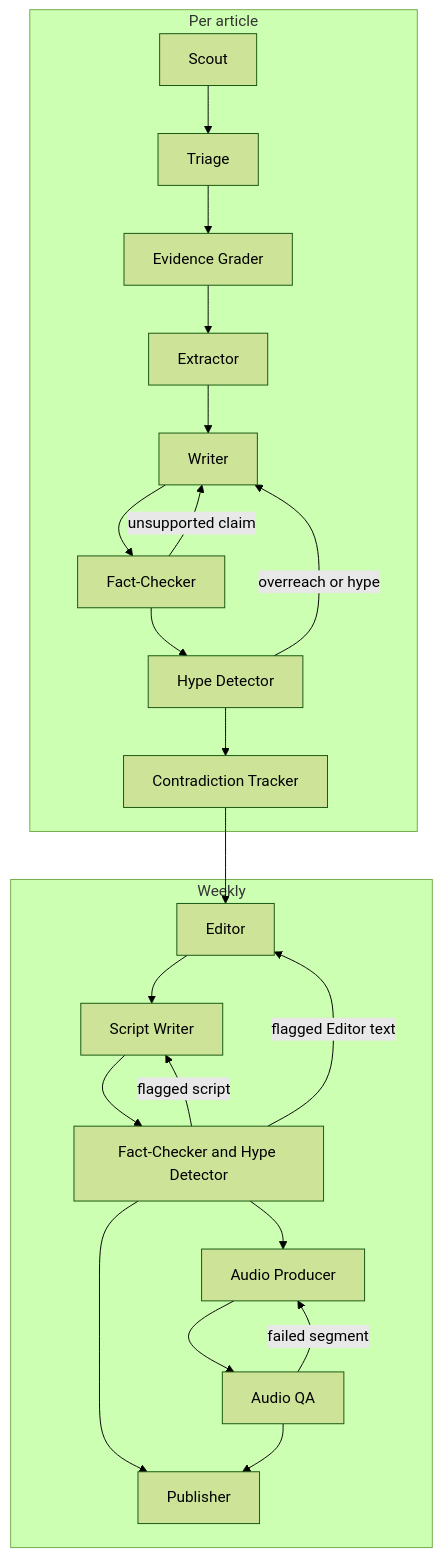
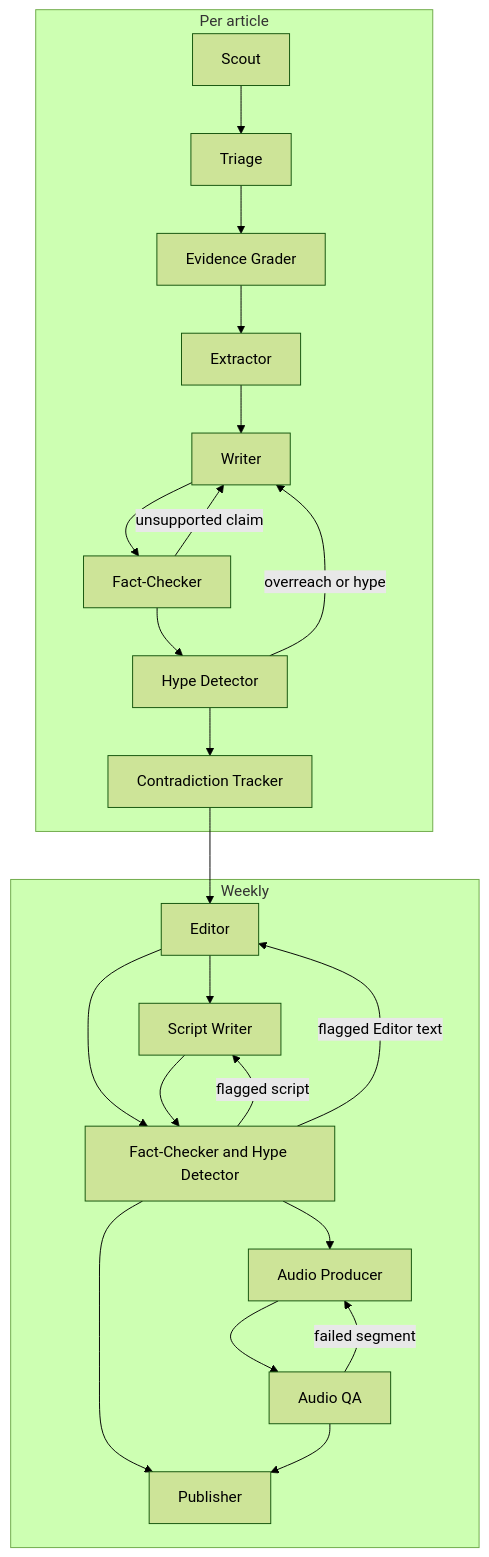
One commit to wpalombini/nutri-minutes changed the diagram in docs/agents.md. Above: the diagram before and after it, drawn with Mermaid (forest theme). The commit also changed other lines of this file, not shown here.

````diff
--- a/docs/agents.md
+++ b/docs/agents.md
@@ -13,28 +14,29 @@
 ```mermaid
 flowchart TD
     subgraph perArticle["Per article"]
         Scout --> Triage
         Triage --> Grader["Evidence Grader"]
         Grader --> Extractor
         Extractor --> Writer
         Writer --> FactChecker["Fact-Checker"]
         FactChecker -- "unsupported claim" --> Writer
         FactChecker --> Hype["Hype Detector"]
         Hype -- "overreach or hype" --> Writer
         Hype --> Tracker["Contradiction Tracker"]
     end
 
     subgraph weekly["Weekly"]
         Editor --> Scripts["Script Writer"]
+        Editor --> WeeklyGates
         Scripts --> WeeklyGates["Fact-Checker and Hype Detector"]
         WeeklyGates -- "flagged script" --> Scripts
         WeeklyGates -- "flagged Editor text" --> Editor
         WeeklyGates --> Audio["Audio Producer"]
         WeeklyGates --> Publisher
         Audio --> AudioQA["Audio QA"]
         AudioQA -- "failed segment" --> Audio
         AudioQA --> Publisher
     end
 
     Tracker --> Editor
 ```
````
